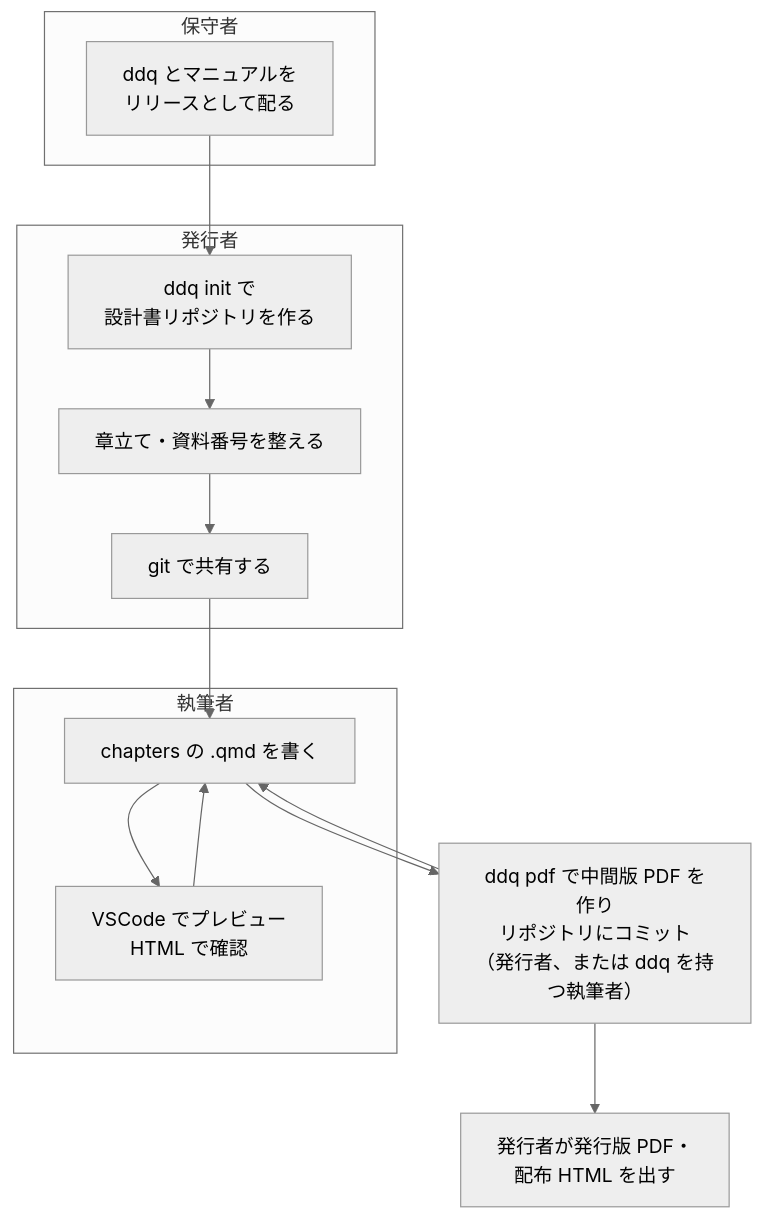
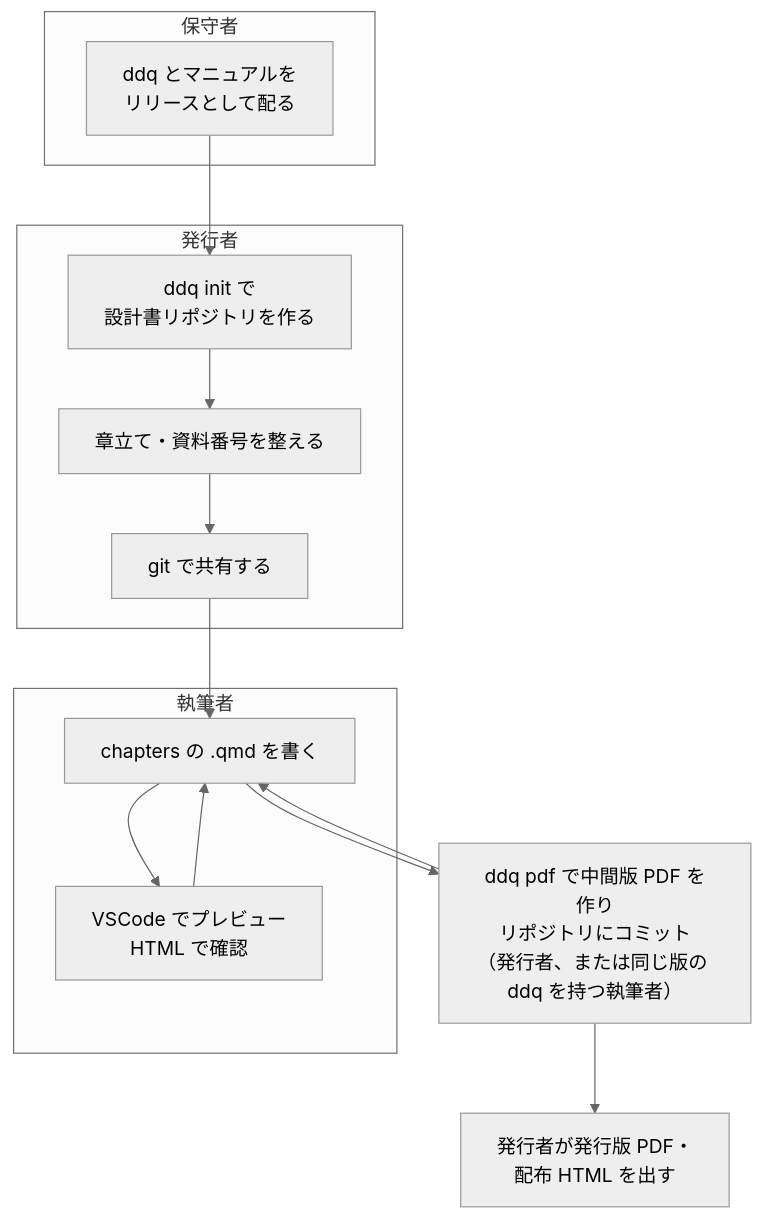
One commit to ramsesyok/ddq-template changed the diagram in manual/chapters/01-overview/04-flow.qmd. Above: the diagram before and after it, drawn with Mermaid (neutral theme). The commit also changed 37 other files, not shown here.

````diff
--- a/manual/chapters/01-overview/04-flow.qmd
+++ b/manual/chapters/01-overview/04-flow.qmd
@@ -7,19 +7,19 @@
 ```mermaid
 flowchart TD
   subgraph 保守者
     T[ddq とマニュアルを<br/>リリースとして配る]
   end
   T --> I
   subgraph 発行者
     I[ddq init で<br/>設計書リポジトリを作る] --> C[章立て・資料番号を整える]
     C --> G[git で共有する]
   end
   G --> W
   subgraph 執筆者
     W[chapters の .qmd を書く] --> P[VSCode でプレビュー<br/>HTML で確認]
     P --> W
   end
-  W --> M[ddq pdf で中間版 PDF を作り<br/>リポジトリにコミット<br/>（発行者、または ddq を持つ執筆者）]
+  W --> M[ddq pdf で中間版 PDF を作り<br/>リポジトリにコミット<br/>（発行者、または同じ版の ddq を持つ執筆者）]
   M --> W
   M --> B[発行者が発行版 PDF・<br/>配布 HTML を出す]
 ```
````
